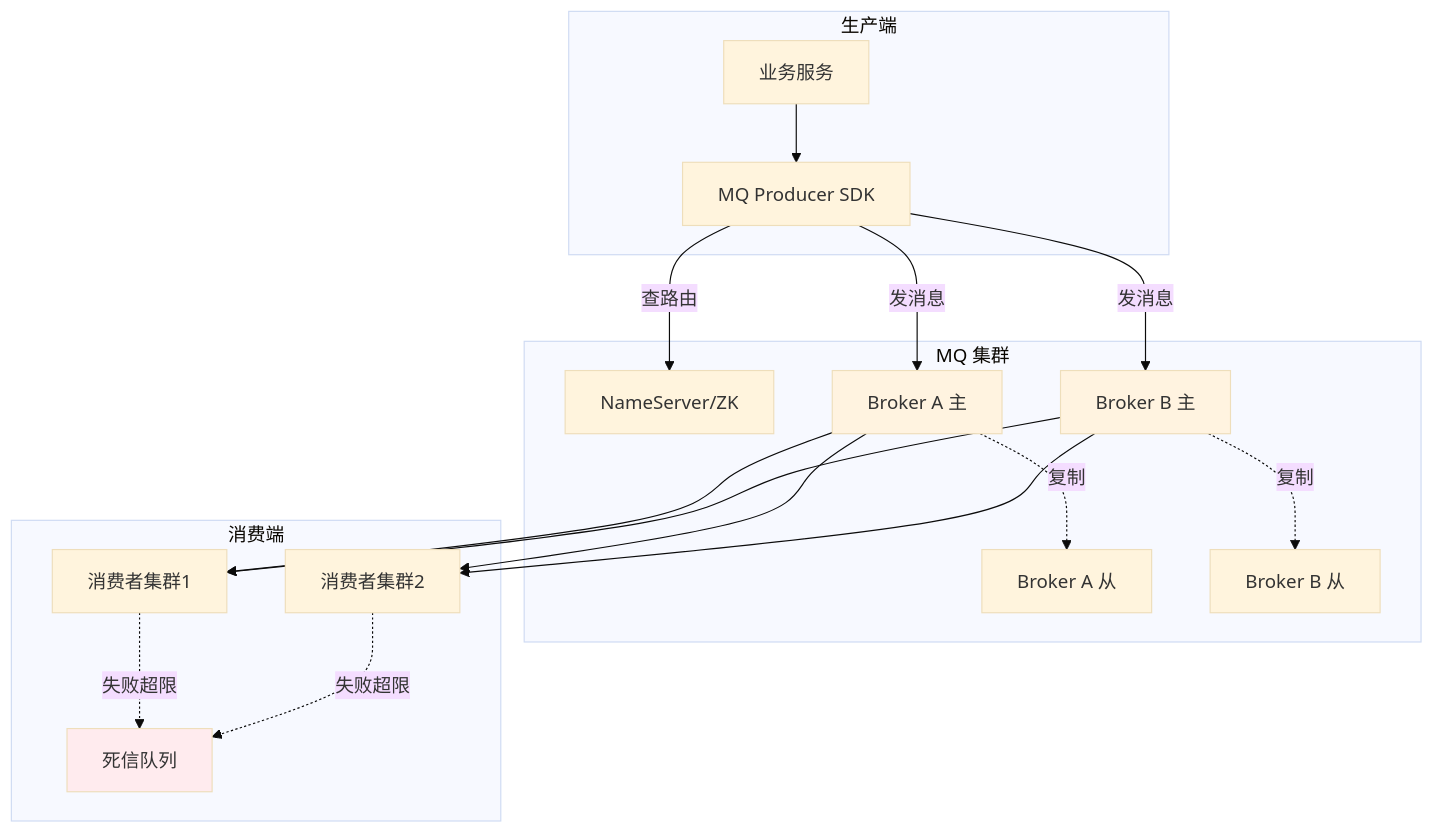
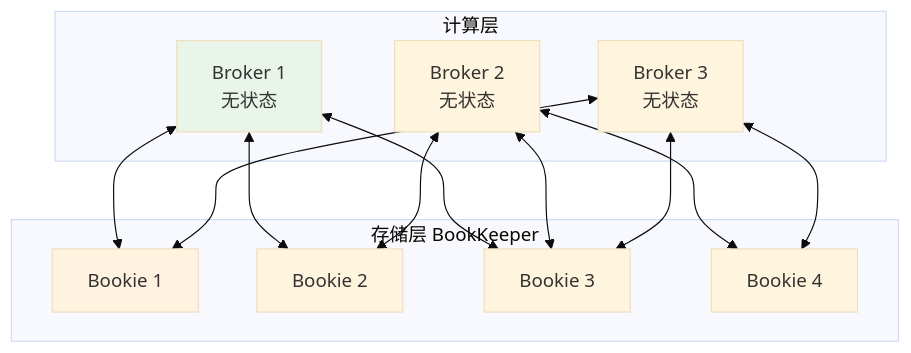
Before and after one commit to chongyang211/YCBookBlog: the fifth of 12 diagrams in docs/10.真经/05.方案设计思想/08.消息队列方案选型.md, drawn with Mermaid (base theme). The commit also changed other lines of this file and 36 other files, not shown here.

````diff
--- a/docs/10.真经/05.方案设计思想/08.消息队列方案选型.md
+++ b/docs/10.真经/05.方案设计思想/08.消息队列方案选型.md
@@ -339,35 +351,22 @@
 ```mermaid
 graph TB
-    subgraph "生产端"
-        App1[业务服务]
-        Producer[MQ Producer SDK]
+    subgraph "计算层"
+        B1[Broker 1<br/>无状态]
+        B2[Broker 2<br/>无状态]
+        B3[Broker 3<br/>无状态]
     end
     
-    subgraph "MQ 集群"
-        NameServer[NameServer/ZK]
-        B1[Broker A 主]
-        B2[Broker A 从]
-        B3[Broker B 主]
-        B4[Broker B 从]
+    subgraph "存储层 BookKeeper"
+        BK1[Bookie 1]
+        BK2[Bookie 2]
+        BK3[Bookie 3]
+        BK4[Bookie 4]
     end
     
-    subgraph "消费端"
-        C1[消费者集群1]
-        C2[消费者集群2]
-        DLQ[死信队列]
-    end
+    B1 <--> BK1 & BK2 & BK3
+    B2 <--> BK2 & BK3 & BK4
+    B3 <--> BK1 & BK3 & BK4
     
-    App1 --> Producer
-    Producer -->|查路由| NameServer
-    Producer -->|发消息| B1 & B3
-    B1 -.复制.-> B2
-    B3 -.复制.-> B4
-    
-    B1 & B3 --> C1
-    B1 & B3 --> C2
-    C1 & C2 -.失败超限.-> DLQ
-    
-    style B1 fill:#fff3e0
-    style B3 fill:#fff3e0
-    style DLQ fill:#ffebee
+    style B1 fill:#e8f5e8
+    style BK1 fill:#fff3e0
 ```
````
